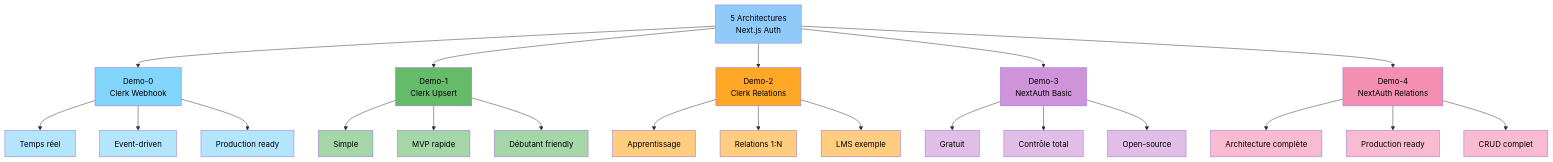
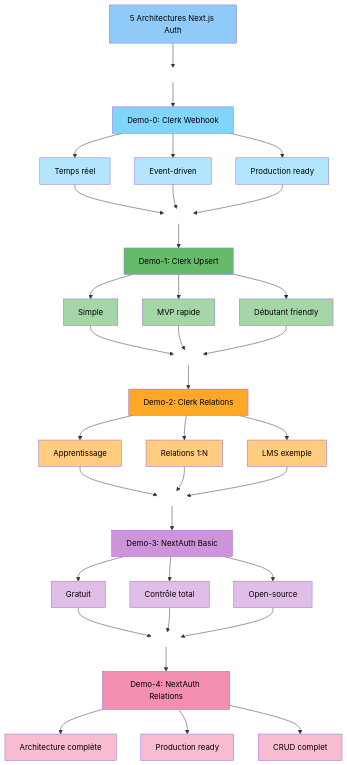
One commit to inskillflow/auths-1-NEXTJS-introduction changed diagram 39 of 39 in 02-DIAGRAMMES_ARCHITECTURES.md. Above: the diagram before and after it, drawn with Mermaid. The commit also changed other lines of this file, not shown here.

````diff
--- a/02-DIAGRAMMES_ARCHITECTURES.md
+++ b/02-DIAGRAMMES_ARCHITECTURES.md
@@ -1266,58 +1280,69 @@
 ```mermaid
-graph TB
-    ROOT[5 Architectures<br/>Next.js Auth]
+graph TD
+    ROOT[5 Architectures Next.js Auth]
     
-    D0[Demo-0<br/>Clerk Webhook]
-    D1[Demo-1<br/>Clerk Upsert]
-    D2[Demo-2<br/>Clerk Relations]
-    D3[Demo-3<br/>NextAuth Basic]
-    D4[Demo-4<br/>NextAuth Relations]
-    
-    ROOT --> D0
-    ROOT --> D1
-    ROOT --> D2
-    ROOT --> D3
-    ROOT --> D4
-    
+    ROOT --> SEP0[ ]
+    SEP0 --> D0[Demo-0: Clerk Webhook]
     D0 --> D0A[Temps réel]
     D0 --> D0B[Event-driven]
     D0 --> D0C[Production ready]
     
+    D0A --> SEP1[ ]
+    D0B --> SEP1
+    D0C --> SEP1
+    SEP1 --> D1[Demo-1: Clerk Upsert]
     D1 --> D1A[Simple]
     D1 --> D1B[MVP rapide]
     D1 --> D1C[Débutant friendly]
     
+    D1A --> SEP2[ ]
+    D1B --> SEP2
+    D1C --> SEP2
+    SEP2 --> D2[Demo-2: Clerk Relations]
     D2 --> D2A[Apprentissage]
     D2 --> D2B[Relations 1:N]
     D2 --> D2C[LMS exemple]
     
+    D2A --> SEP3[ ]
+    D2B --> SEP3
+    D2C --> SEP3
+    SEP3 --> D3[Demo-3: NextAuth Basic]
     D3 --> D3A[Gratuit]
     D3 --> D3B[Contrôle total]
     D3 --> D3C[Open-source]
     
+    D3A --> SEP4[ ]
+    D3B --> SEP4
+    D3C --> SEP4
+    SEP4 --> D4[Demo-4: NextAuth Relations]
     D4 --> D4A[Architecture complète]
     D4 --> D4B[Production ready]
     D4 --> D4C[CRUD complet]
     
     style ROOT fill:#90caf9,color:#000
     style D0 fill:#81d4fa,color:#000
     style D1 fill:#66bb6a,color:#000
     style D2 fill:#ffa726,color:#000
     style D3 fill:#ce93d8,color:#000
     style D4 fill:#f48fb1,color:#000
     style D0A fill:#b3e5fc,color:#000
     style D0B fill:#b3e5fc,color:#000
     style D0C fill:#b3e5fc,color:#000
     style D1A fill:#a5d6a7,color:#000
     style D1B fill:#a5d6a7,color:#000
     style D1C fill:#a5d6a7,color:#000
     style D2A fill:#ffcc80,color:#000
     style D2B fill:#ffcc80,color:#000
     style D2C fill:#ffcc80,color:#000
     style D3A fill:#e1bee7,color:#000
     style D3B fill:#e1bee7,color:#000
     style D3C fill:#e1bee7,color:#000
     style D4A fill:#f8bbd0,color:#000
     style D4B fill:#f8bbd0,color:#000
     style D4C fill:#f8bbd0,color:#000
+    style SEP0 fill:#ffffff,stroke:none,color:#fff
+    style SEP1 fill:#ffffff,stroke:none,color:#fff
+    style SEP2 fill:#ffffff,stroke:none,color:#fff
+    style SEP3 fill:#ffffff,stroke:none,color:#fff
+    style SEP4 fill:#ffffff,stroke:none,color:#fff
 ```
````
